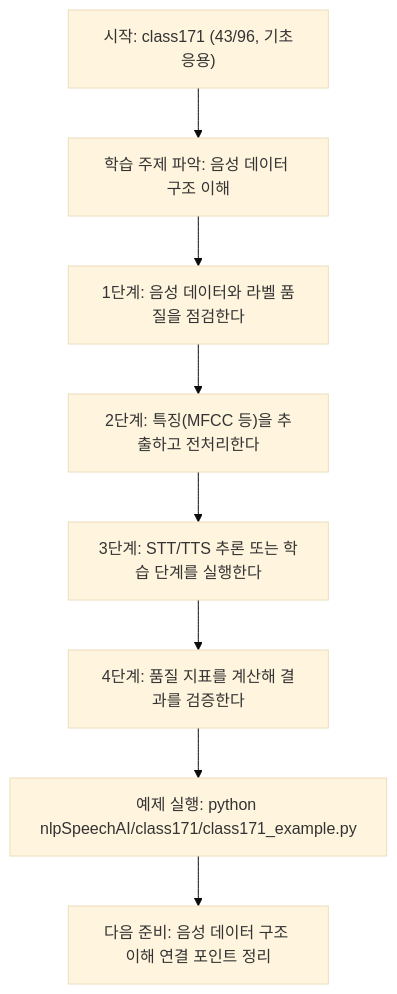
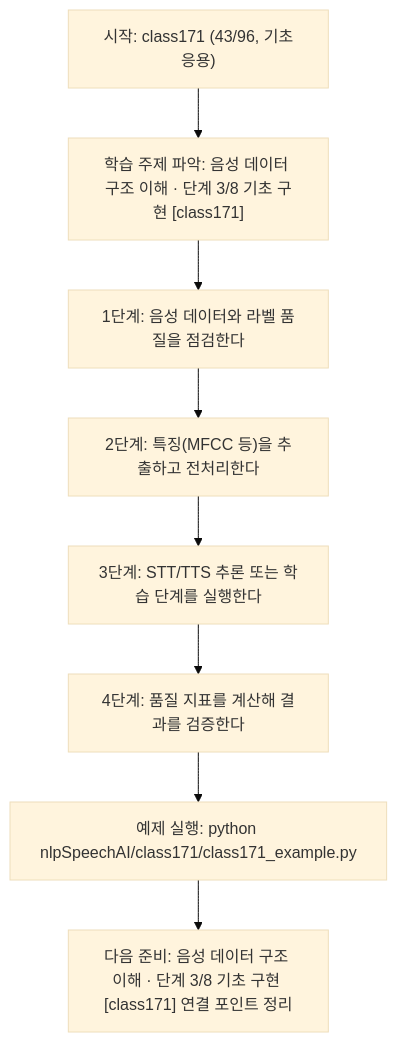
Before and after one commit to edumgt/Python-AI_Agent-Class: the diagram in nlpSpeechAI/class171/class171.md, drawn with Mermaid (base theme). The commit also changed other lines of this file and 522 other files, not shown here.

````diff
--- a/nlpSpeechAI/class171/class171.md
+++ b/nlpSpeechAI/class171/class171.md
@@ -114,18 +115,18 @@
 ```mermaid
 flowchart TD
 N1["시작: class171 (43/96, 기초응용)"]
-N2["학습 주제 파악: 음성 데이터 구조 이해"]
+N2["학습 주제 파악: 음성 데이터 구조 이해 · 단계 3/8 기초 구현 [class171]"]
 N3["1단계: 음성 데이터와 라벨 품질을 점검한다"]
 N4["2단계: 특징(MFCC 등)을 추출하고 전처리한다"]
 N5["3단계: STT/TTS 추론 또는 학습 단계를 실행한다"]
 N6["4단계: 품질 지표를 계산해 결과를 검증한다"]
 N7["예제 실행: python nlpSpeechAI/class171/class171_example.py"]
-N8["다음 준비: 음성 데이터 구조 이해 연결 포인트 정리"]
+N8["다음 준비: 음성 데이터 구조 이해 · 단계 3/8 기초 구현 [class171] 연결 포인트 정리"]
 N1 --> N2
 N2 --> N3
 N3 --> N4
 N4 --> N5
 N5 --> N6
 N6 --> N7
 N7 --> N8
 ```
````
